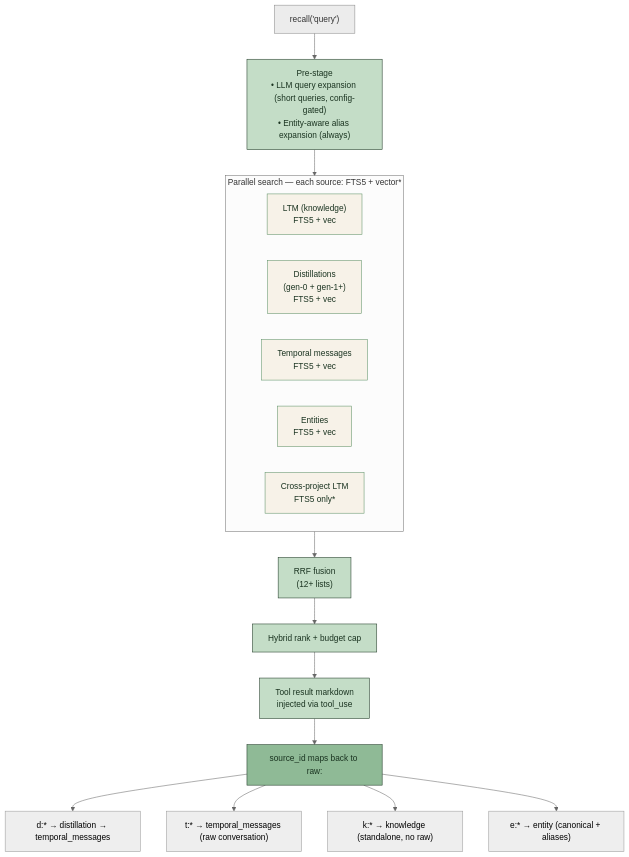
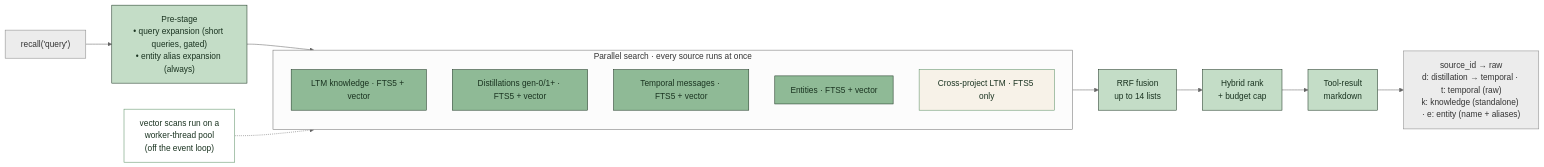
Before and after one commit to BYK/loreai: the fifth of 5 diagrams in packages/website/src/content/docs/docs/architecture.md, drawn with Mermaid (neutral theme). The commit also changed other lines of this file, not shown here.

First line of the commit message:
docs(website): redesign architecture diagrams for readability + fix accuracy

````diff
--- a/packages/website/src/content/docs/docs/architecture.md
+++ b/packages/website/src/content/docs/docs/architecture.md
@@ -274,30 +249,27 @@
 ```mermaid
-flowchart TB
-    Q["recall('query')"]:::ext
-    Q --> Expand["Pre-stage<br/>• LLM query expansion (short queries, config-gated)<br/>• Entity-aware alias expansion (always)"]:::stage
-    Expand --> Search
+flowchart LR
+    Q["recall('query')"]:::ext --> Pre["Pre-stage<br/>• query expansion (short queries, gated)<br/>• entity alias expansion (always)"]:::stage
+    Pre --> Search
 
-    subgraph Search["Parallel search — each source: FTS5 + vector*"]
-        direction LR
-        LTM["LTM (knowledge)<br/>FTS5 + vec"]:::src
-        Dist["Distillations<br/>(gen-0 + gen-1+)<br/>FTS5 + vec"]:::src
-        Temp["Temporal messages<br/>FTS5 + vec"]:::src
-        Ent["Entities<br/>FTS5 + vec"]:::src
-        Cross["Cross-project LTM<br/>FTS5 only*"]:::src
+    subgraph Search["Parallel search · every source runs at once"]
+        direction TB
+        LTM["LTM knowledge · FTS5 + vector"]:::src
+        Dist["Distillations gen-0/1+ · FTS5 + vector"]:::src
+        Temp["Temporal messages · FTS5 + vector"]:::src
+        Ent["Entities · FTS5 + vector"]:::src
+        Cross["Cross-project LTM · FTS5 only"]:::srcf
     end
 
-    Search --> RRF["RRF fusion<br/>(12+ lists)"]:::stage
-    RRF --> Rank["Hybrid rank + budget cap"]:::stage
-    Rank --> Out["Tool result markdown<br/>injected via tool_use"]:::stage
+    Pool["vector scans run on a<br/>worker-thread pool<br/>(off the event loop)"]:::note -.-> Search
 
-    Out --> Map["source_id maps back to raw:"]:::map
-    Map --> D["d:* → distillation → temporal_messages"]
-    Map --> T["t:* → temporal_messages (raw conversation)"]
-    Map --> K["k:* → knowledge (standalone, no raw)"]
-    Map --> E["e:* → entity (canonical + aliases)"]
+    Search --> RRF["RRF fusion<br/>up to 14 lists"]:::stage --> Rank["Hybrid rank<br/>+ budget cap"]:::stage --> Out["Tool-result<br/>markdown"]:::stage
+
+    Out --> Map["source_id → raw<br/>d: distillation → temporal · t: temporal (raw)<br/>k: knowledge (standalone) · e: entity (name + aliases)"]:::map
 
     classDef ext fill:#ececec,stroke:#888,color:#333
     classDef stage fill:#c4ddc7,stroke:#1a3320,color:#1a3320
-    classDef src fill:#f7f2e8,stroke:#5a8f63,color:#1a3320
-    classDef map fill:#8fba96,stroke:#1a3320,color:#1a3320
+    classDef src fill:#8fba96,stroke:#1a3320,color:#1a3320
+    classDef srcf fill:#f7f2e8,stroke:#5a8f63,color:#1a3320
+    classDef map fill:#ececec,stroke:#888,color:#333
+    classDef note fill:#ffffff,stroke:#5a8f63,color:#1a3320
 ```
````
